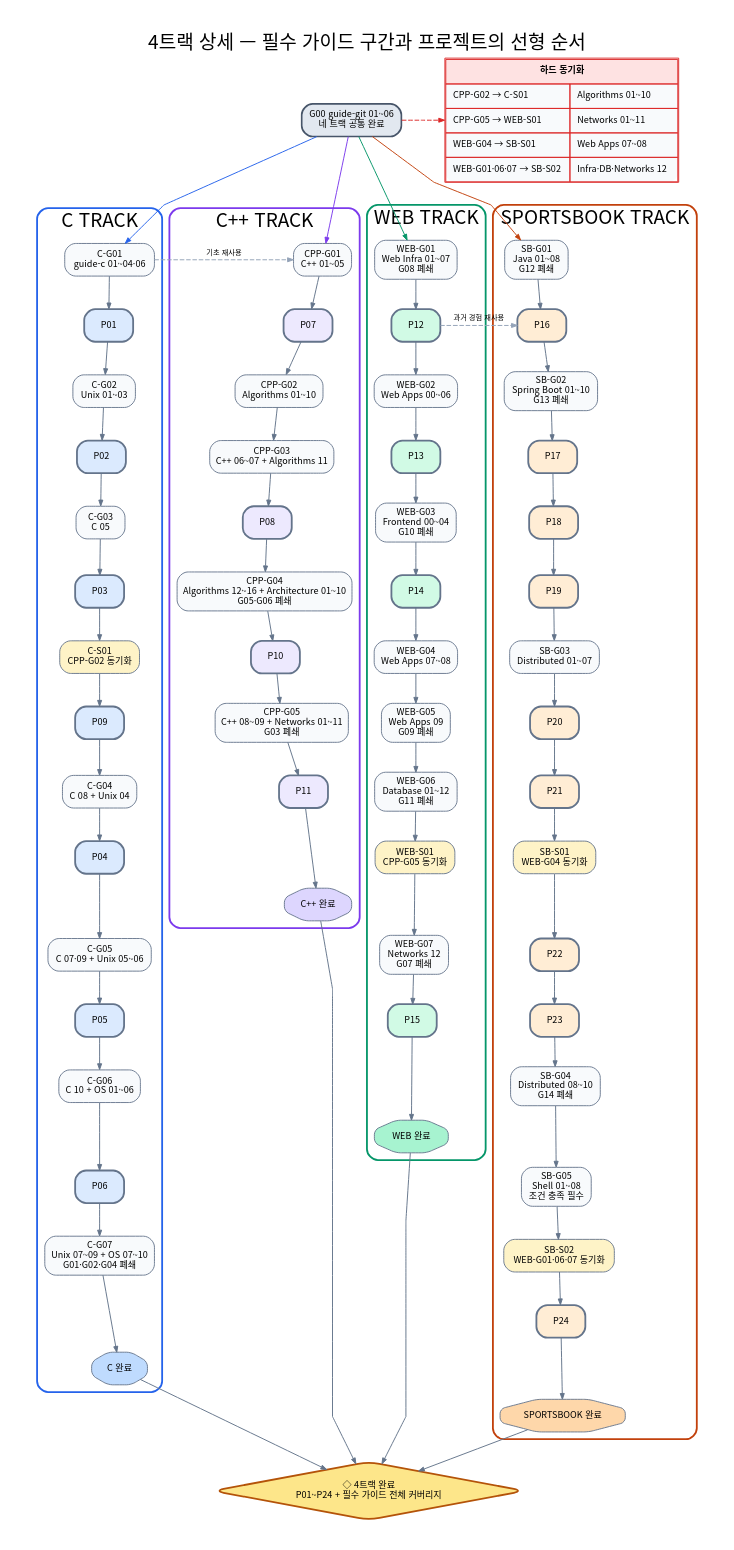
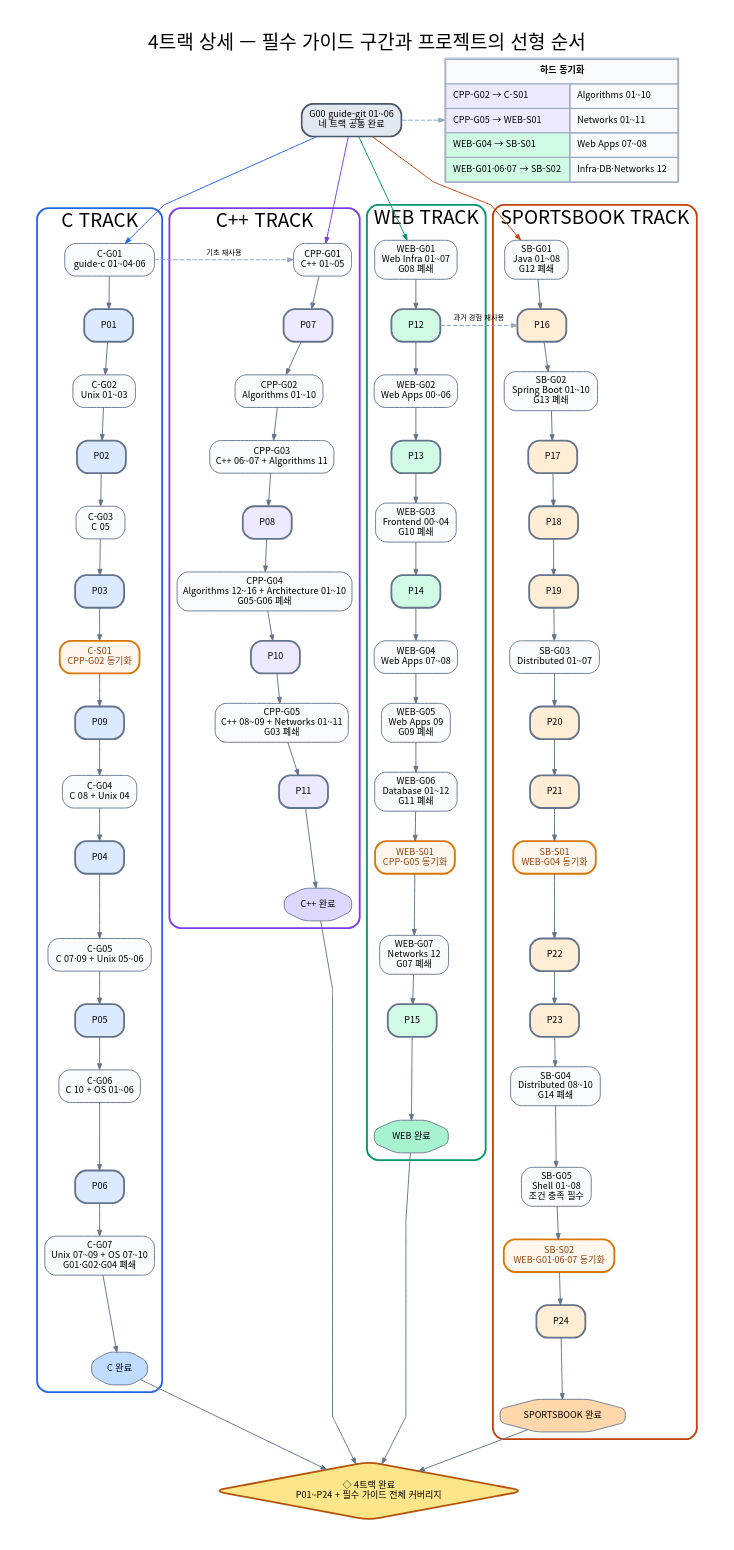
The diagram in assets/path/parallel-guide-packets.dot (woopinbell/engineering-path-review), drawn with Graphviz before and after one commit. The commit also changed 13 other files, not shown here.

```diff
--- a/assets/path/parallel-guide-packets.dot
+++ b/assets/path/parallel-guide-packets.dot
@@ -1,112 +1,113 @@
 digraph ParallelTrackDetail {
   graph [rankdir=TB, newrank=true, bgcolor="white", pad="0.35", nodesep="0.34", ranksep="0.45",
     fontname="Noto Sans CJK KR", fontsize=21,
     label="4트랙 상세 — 필수 가이드 구간과 프로젝트의 선형 순서", labelloc=t, splines=polyline];
   node [shape=box, style="rounded,filled", fontname="Noto Sans CJK KR", fontsize=10,
     margin="0.12,0.07", color="#64748b", fillcolor="#f8fafc"];
   edge [fontname="Noto Sans CJK KR", fontsize=8, color="#64748b", arrowsize=0.64, penwidth=1.05];
 
   G00 [label="G00 guide-git 01~06\n네 트랙 공통 완료", fillcolor="#e2e8f0", color="#475569", penwidth=1.8];
 
   subgraph cluster_c {
     label="C TRACK"; color="#2563eb"; penwidth=2; style="rounded";
     C1 [label="C-G01\nguide-c 01~04·06"];
     C2 [label="P01", fillcolor="#dbeafe", penwidth=2];
     C3 [label="C-G02\nUnix 01~03"];
     C4 [label="P02", fillcolor="#dbeafe", penwidth=2];
     C5 [label="C-G03\nC 05"];
     C6 [label="P03", fillcolor="#dbeafe", penwidth=2];
-    C7 [label="C-S01\nCPP-G02 동기화", fillcolor="#fef3c7"];
+    C7 [label="C-S01\nCPP-G02 동기화", fillcolor="#fff7ed", color="#d97706", fontcolor="#92400e", penwidth=2];
     C8 [label="P09", fillcolor="#dbeafe", penwidth=2];
     C9 [label="C-G04\nC 08 + Unix 04"];
     C10 [label="P04", fillcolor="#dbeafe", penwidth=2];
     C11 [label="C-G05\nC 07·09 + Unix 05~06"];
     C12 [label="P05", fillcolor="#dbeafe", penwidth=2];
     C13 [label="C-G06\nC 10 + OS 01~06"];
     C14 [label="P06", fillcolor="#dbeafe", penwidth=2];
     C15 [label="C-G07\nUnix 07~09 + OS 07~10\nG01·G02·G04 폐쇄"];
     C16 [label="C 완료", shape=octagon, fillcolor="#bfdbfe"];
     C1 -> C2 -> C3 -> C4 -> C5 -> C6 -> C7 -> C8 -> C9 -> C10 -> C11 -> C12 -> C13 -> C14 -> C15 -> C16;
   }
 
   subgraph cluster_cpp {
     label="C++ TRACK"; color="#7c3aed"; penwidth=2; style="rounded";
     X1 [label="CPP-G01\nC++ 01~05"];
     X2 [label="P07", fillcolor="#ede9fe", penwidth=2];
     X3 [label="CPP-G02\nAlgorithms 01~10"];
     X4 [label="CPP-G03\nC++ 06~07 + Algorithms 11"];
     X5 [label="P08", fillcolor="#ede9fe", penwidth=2];
     X6 [label="CPP-G04\nAlgorithms 12~16 + Architecture 01~10\nG05·G06 폐쇄"];
     X7 [label="P10", fillcolor="#ede9fe", penwidth=2];
     X8 [label="CPP-G05\nC++ 08~09 + Networks 01~11\nG03 폐쇄"];
     X9 [label="P11", fillcolor="#ede9fe", penwidth=2];
     X10 [label="C++ 완료", shape=octagon, fillcolor="#ddd6fe"];
     X1 -> X2 -> X3 -> X4 -> X5 -> X6 -> X7 -> X8 -> X9 -> X10;
   }
 
   subgraph cluster_web {
     label="WEB TRACK"; color="#059669"; penwidth=2; style="rounded";
     W1 [label="WEB-G01\nWeb Infra 01~07\nG08 폐쇄"];
     W2 [label="P12", fillcolor="#d1fae5", penwidth=2];
     W3 [label="WEB-G02\nWeb Apps 00~06"];
     W4 [label="P13", fillcolor="#d1fae5", penwidth=2];
     W5 [label="WEB-G03\nFrontend 00~04\nG10 폐쇄"];
     W6 [label="P14", fillcolor="#d1fae5", penwidth=2];
     W7 [label="WEB-G04\nWeb Apps 07~08"];
     W8 [label="WEB-G05\nWeb Apps 09\nG09 폐쇄"];
     W9 [label="WEB-G06\nDatabase 01~12\nG11 폐쇄"];
-    W10 [label="WEB-S01\nCPP-G05 동기화", fillcolor="#fef3c7"];
+    W10 [label="WEB-S01\nCPP-G05 동기화", fillcolor="#fff7ed", color="#d97706", fontcolor="#92400e", penwidth=2];
     W11 [label="WEB-G07\nNetworks 12\nG07 폐쇄"];
     W12 [label="P15", fillcolor="#d1fae5", penwidth=2];
     W13 [label="WEB 완료", shape=octagon, fillcolor="#a7f3d0"];
     W1 -> W2 -> W3 -> W4 -> W5 -> W6 -> W7 -> W8 -> W9 -> W10 -> W11 -> W12 -> W13;
   }
 
   subgraph cluster_sb {
     label="SPORTSBOOK TRACK"; color="#c2410c"; penwidth=2; style="rounded";
     S1 [label="SB-G01\nJava 01~08\nG12 폐쇄"];
     S2 [label="P16", fillcolor="#ffedd5", penwidth=2];
     S3 [label="SB-G02\nSpring Boot 01~10\nG13 폐쇄"];
     S4 [label="P17", fillcolor="#ffedd5", penwidth=2];
     S5 [label="P18", fillcolor="#ffedd5", penwidth=2];
     S6 [label="P19", fillcolor="#ffedd5", penwidth=2];
     S7 [label="SB-G03\nDistributed 01~07"];
     S8 [label="P20", fillcolor="#ffedd5", penwidth=2];
     S9 [label="P21", fillcolor="#ffedd5", penwidth=2];
-    S10 [label="SB-S01\nWEB-G04 동기화", fillcolor="#fef3c7"];
+    S10 [label="SB-S01\nWEB-G04 동기화", fillcolor="#fff7ed", color="#d97706", fontcolor="#92400e", penwidth=2];
     S11 [label="P22", fillcolor="#ffedd5", penwidth=2];
     S12 [label="P23", fillcolor="#ffedd5", penwidth=2];
     S13 [label="SB-G04\nDistributed 08~10\nG14 폐쇄"];
     S14 [label="SB-G05\nShell 01~08\n조건 충족 필수"];
-    S15 [label="SB-S02\nWEB-G01·06·07 동기화", fillcolor="#fef3c7"];
+    S15 [label="SB-S02\nWEB-G01·06·07 동기화", fillcolor="#fff7ed", color="#d97706", fontcolor="#92400e", penwidth=2];
     S16 [label="P24", fillcolor="#ffedd5", penwidth=2];
     S17 [label="SPORTSBOOK 완료", shape=octagon, fillcolor="#fed7aa"];
     S1 -> S2 -> S3 -> S4 -> S5 -> S6 -> S7 -> S8 -> S9 -> S10 -> S11 -> S12 -> S13 -> S14 -> S15 -> S16 -> S17;
   }
 
   G00 -> C1 [color="#2563eb"];
   G00 -> X1 [color="#7c3aed"];
   G00 -> W1 [color="#059669"];
   G00 -> S1 [color="#c2410c"];
 
   C1 -> X1 [style=dashed, label="기초 재사용", color="#94a3b8", constraint=false];
   W2 -> S2 [style=dashed, label="과거 경험 재사용", color="#94a3b8", constraint=false];
 
   SYNC [shape=plain, label=<
-    <TABLE BORDER="1" CELLBORDER="1" CELLSPACING="0" CELLPADDING="7" COLOR="#dc2626">
-      <TR><TD BGCOLOR="#fee2e2" COLSPAN="2"><B>하드 동기화</B></TD></TR>
-      <TR><TD ALIGN="LEFT">CPP-G02 → C-S01</TD><TD ALIGN="LEFT">Algorithms 01~10</TD></TR>
-      <TR><TD ALIGN="LEFT">CPP-G05 → WEB-S01</TD><TD ALIGN="LEFT">Networks 01~11</TD></TR>
-      <TR><TD ALIGN="LEFT">WEB-G04 → SB-S01</TD><TD ALIGN="LEFT">Web Apps 07~08</TD></TR>
-      <TR><TD ALIGN="LEFT">WEB-G01·06·07 → SB-S02</TD><TD ALIGN="LEFT">Infra·DB·Networks 12</TD></TR>
+    <TABLE BORDER="1" CELLBORDER="1" CELLSPACING="0" CELLPADDING="7" COLOR="#94a3b8">
+      <TR><TD BGCOLOR="#f8fafc" COLSPAN="2"><B>하드 동기화</B></TD></TR>
+      <TR><TD ALIGN="LEFT" BGCOLOR="#ede9fe">CPP-G02 → C-S01</TD><TD ALIGN="LEFT">Algorithms 01~10</TD></TR>
+      <TR><TD ALIGN="LEFT" BGCOLOR="#ede9fe">CPP-G05 → WEB-S01</TD><TD ALIGN="LEFT">Networks 01~11</TD></TR>
+      <TR><TD ALIGN="LEFT" BGCOLOR="#d1fae5">WEB-G04 → SB-S01</TD><TD ALIGN="LEFT">Web Apps 07~08</TD></TR>
+      <TR><TD ALIGN="LEFT" BGCOLOR="#d1fae5">WEB-G01·06·07 → SB-S02</TD><TD ALIGN="LEFT">Infra·DB·Networks 12</TD></TR>
     </TABLE>
   >];
-  G00 -> SYNC [style=dashed, color="#dc2626", constraint=false];
+  G00 -> SYNC [style=dashed, color="#94a3b8", constraint=false];
+
 
   MERGE [label="◇ 4트랙 완료\nP01~P24 + 필수 가이드 전체 커버리지", shape=diamond,
     fillcolor="#fde68a", color="#b45309", penwidth=2];
   C16 -> MERGE;
   X10 -> MERGE;
   W13 -> MERGE;
   S17 -> MERGE;
 }
```
